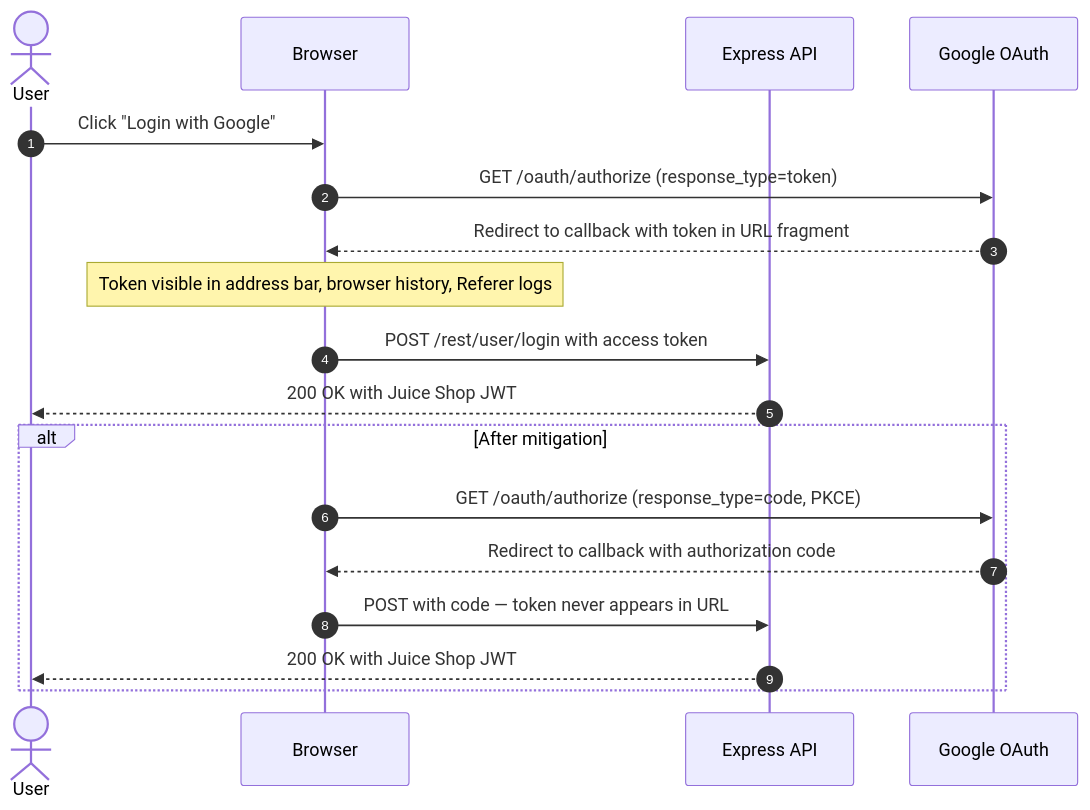
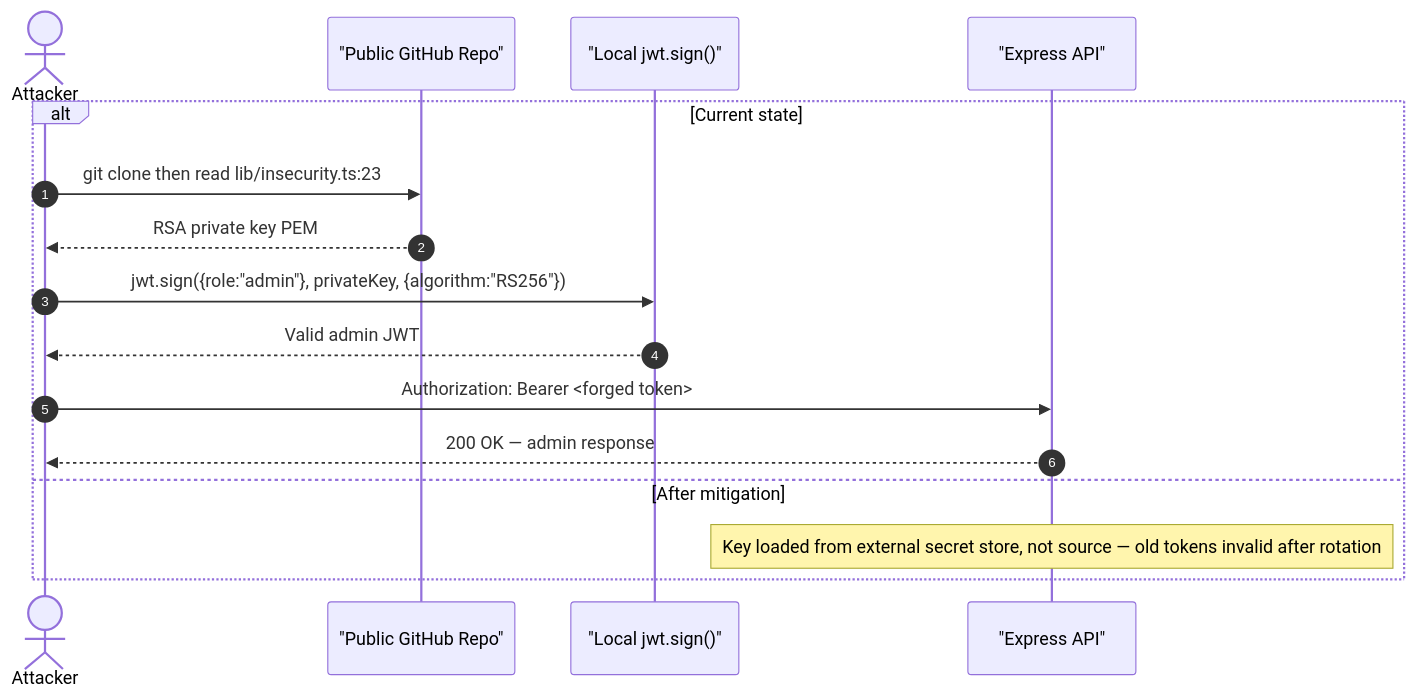
Before and after one commit to appsec-foundry/appsec-advisor: the third of 4 diagrams in tests/fixtures/e2e/_repair-run/.fragments/security-architecture.md, drawn with Mermaid. The commit also changed other lines of this file and 184 other files, not shown here.

````diff
--- a/tests/fixtures/e2e/_repair-run/.fragments/security-architecture.md
+++ b/tests/fixtures/e2e/_repair-run/.fragments/security-architecture.md
@@ -151,22 +197,19 @@
 ```mermaid
 sequenceDiagram
     autonumber
-    actor User
-    participant Browser
-    participant API as Express API
-    participant Google as Google OAuth
+    actor Attacker
+    participant Repo as "Public GitHub Repo"
+    participant CLI as "Local jwt.sign()"
+    participant API as "Express API"
 
-    User->>Browser: Click "Login with Google"
-    Browser->>Google: GET /oauth/authorize (response_type=token)
-    Google-->>Browser: Redirect to callback with token in URL fragment
-    Note over Browser: Token visible in address bar, browser history, Referer logs
-    Browser->>API: POST /rest/user/login with access token
-    API-->>User: 200 OK with Juice Shop JWT
-
-    alt After mitigation
-        Browser->>Google: GET /oauth/authorize (response_type=code, PKCE)
-        Google-->>Browser: Redirect to callback with authorization code
-        Browser->>API: POST with code — token never appears in URL
-        API-->>User: 200 OK with Juice Shop JWT
+    alt Current state
+        Attacker->>Repo: git clone then read lib/insecurity.ts:23
+        Repo-->>Attacker: RSA private key PEM
+        Attacker->>CLI: jwt.sign({role:"admin"}, privateKey, {algorithm:"RS256"})
+        CLI-->>Attacker: Valid admin JWT
+        Attacker->>API: Authorization: Bearer <forged token>
+        API-->>Attacker: 200 OK — admin response
+    else After mitigation
+        note over API: Key loaded from external secret store, not source — old tokens invalid after rotation
     end
 ```
````
